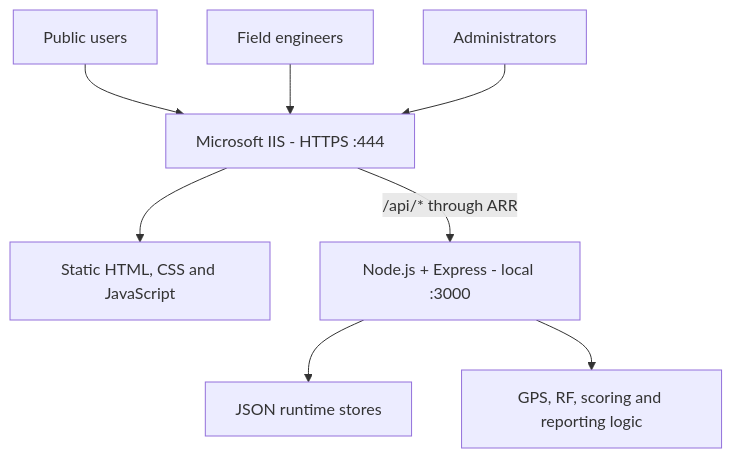
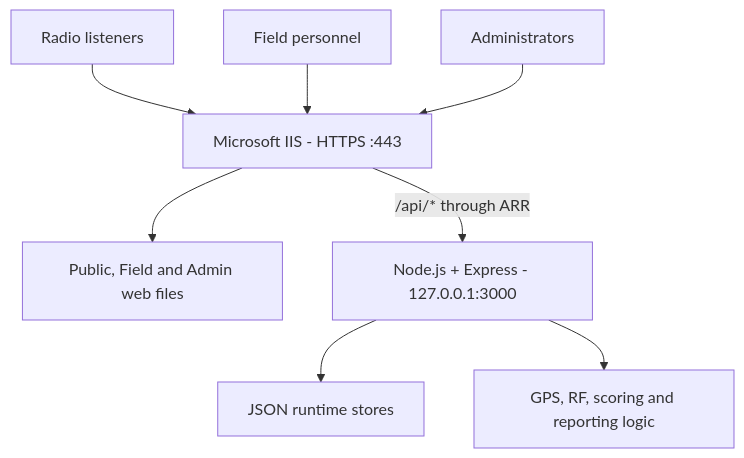
One commit to yo-fola/mbi-signal-logger changed the diagram in README.md. Above: the diagram before and after it, drawn with Mermaid. The commit also changed other lines of this file, not shown here.

Commit message:
docs: refine public portfolio README

````diff
--- a/README.md
+++ b/README.md
@@ -67,10 +64,10 @@
 ```mermaid
 flowchart TD
-    U["Public users"] --> IIS["Microsoft IIS - HTTPS :444"]
-    F["Field engineers"] --> IIS
+    U["Radio listeners"] --> IIS["Microsoft IIS - HTTPS :443"]
+    F["Field personnel"] --> IIS
     A["Administrators"] --> IIS
-    IIS --> S["Static HTML, CSS and JavaScript"]
-    IIS -->|"/api/* through ARR"| N["Node.js + Express - local :3000"]
+    IIS --> S["Public, Field and Admin web files"]
+    IIS -->|"/api/* through ARR"| N["Node.js + Express - 127.0.0.1:3000"]
     N --> J["JSON runtime stores"]
     N --> R["GPS, RF, scoring and reporting logic"]
 ```
````
